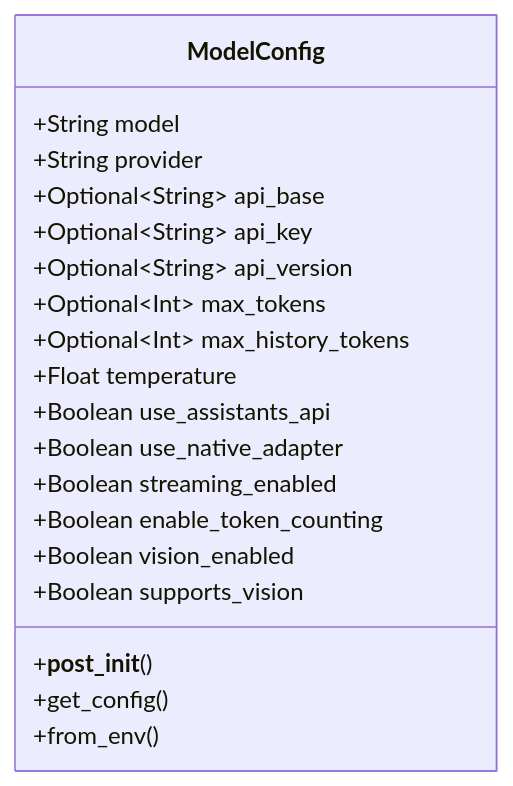
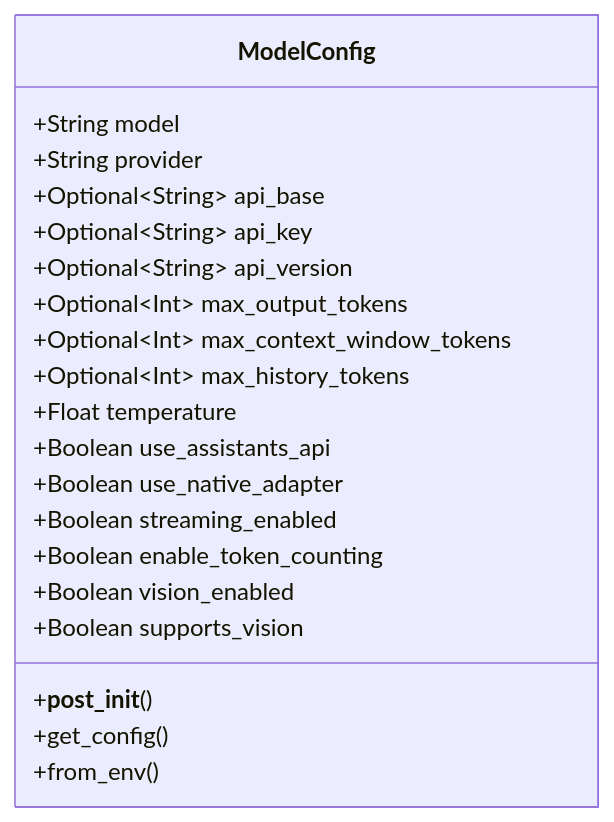
The diagram in docs/docs/api_reference/model_config.md (Maximooch/penguin), drawn with Mermaid before and after one commit. The commit also changed other lines of this file and 12 other files, not shown here.

````diff
--- a/docs/docs/api_reference/model_config.md
+++ b/docs/docs/api_reference/model_config.md
@@ -7,22 +7,23 @@
 ```mermaid
 classDiagram
     class ModelConfig {
         +String model
         +String provider
         +Optional~String~ api_base
         +Optional~String~ api_key
         +Optional~String~ api_version
-        +Optional~Int~ max_tokens
+        +Optional~Int~ max_output_tokens
+        +Optional~Int~ max_context_window_tokens
         +Optional~Int~ max_history_tokens
         +Float temperature
         +Boolean use_assistants_api
         +Boolean use_native_adapter
         +Boolean streaming_enabled
         +Boolean enable_token_counting
         +Boolean vision_enabled
         +Boolean supports_vision
         +__post_init__()
         +get_config()
         +from_env()
     }
 ```
````
